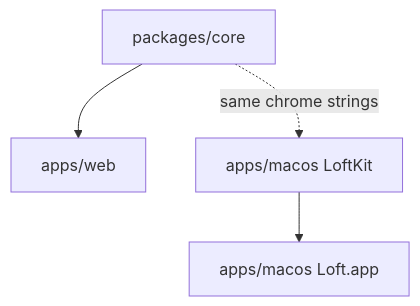
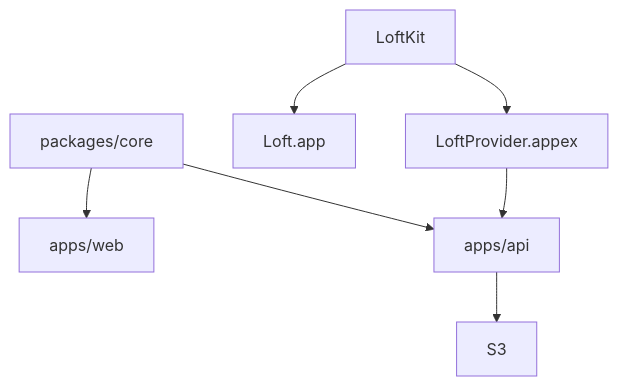
The diagram in docs/architecture.md (smeltery/loft), drawn with Mermaid before and after one commit. The commit also changed other lines of this file and 81 other files, not shown here.

````diff
--- a/docs/architecture.md
+++ b/docs/architecture.md
@@ -5,10 +6,16 @@
 ```mermaid
 flowchart TB
   core["packages/core"]
   web["apps/web"]
-  kit["apps/macos LoftKit"]
-  app["apps/macos Loft.app"]
+  api["apps/api"]
+  kit["LoftKit"]
+  app["Loft.app"]
+  fp["LoftProvider.appex"]
+  s3["S3"]
   core --> web
+  core --> api
+  api --> s3
   kit --> app
-  core -.->|same chrome strings| kit
+  kit --> fp
+  fp --> api
 ```
````
